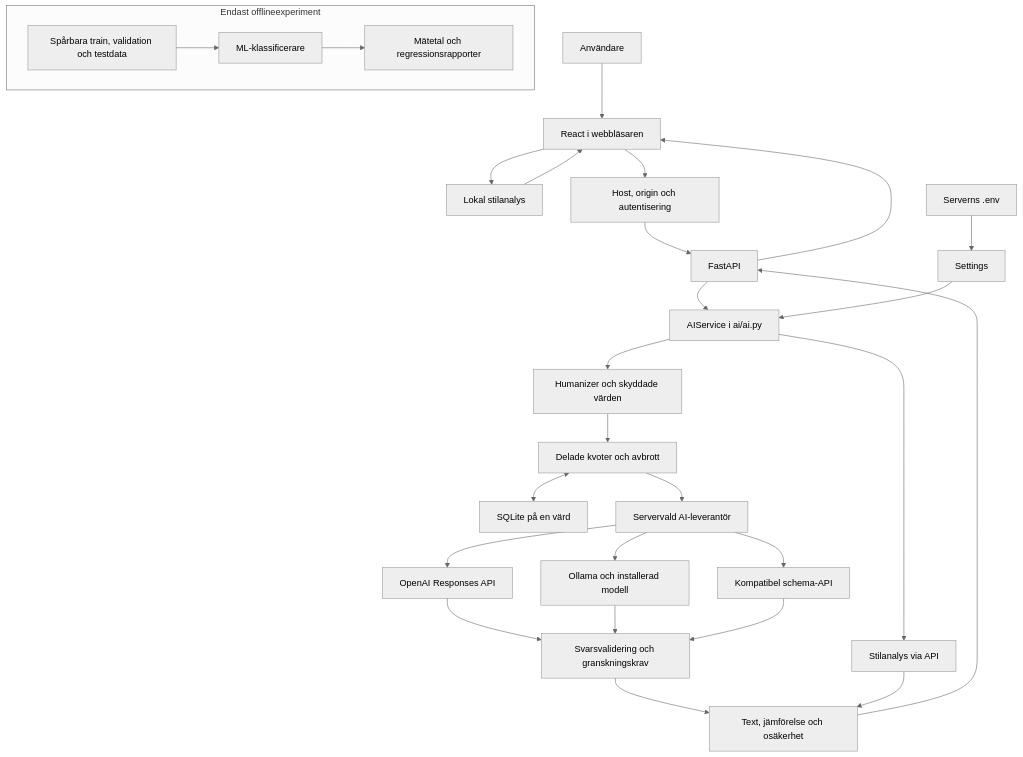
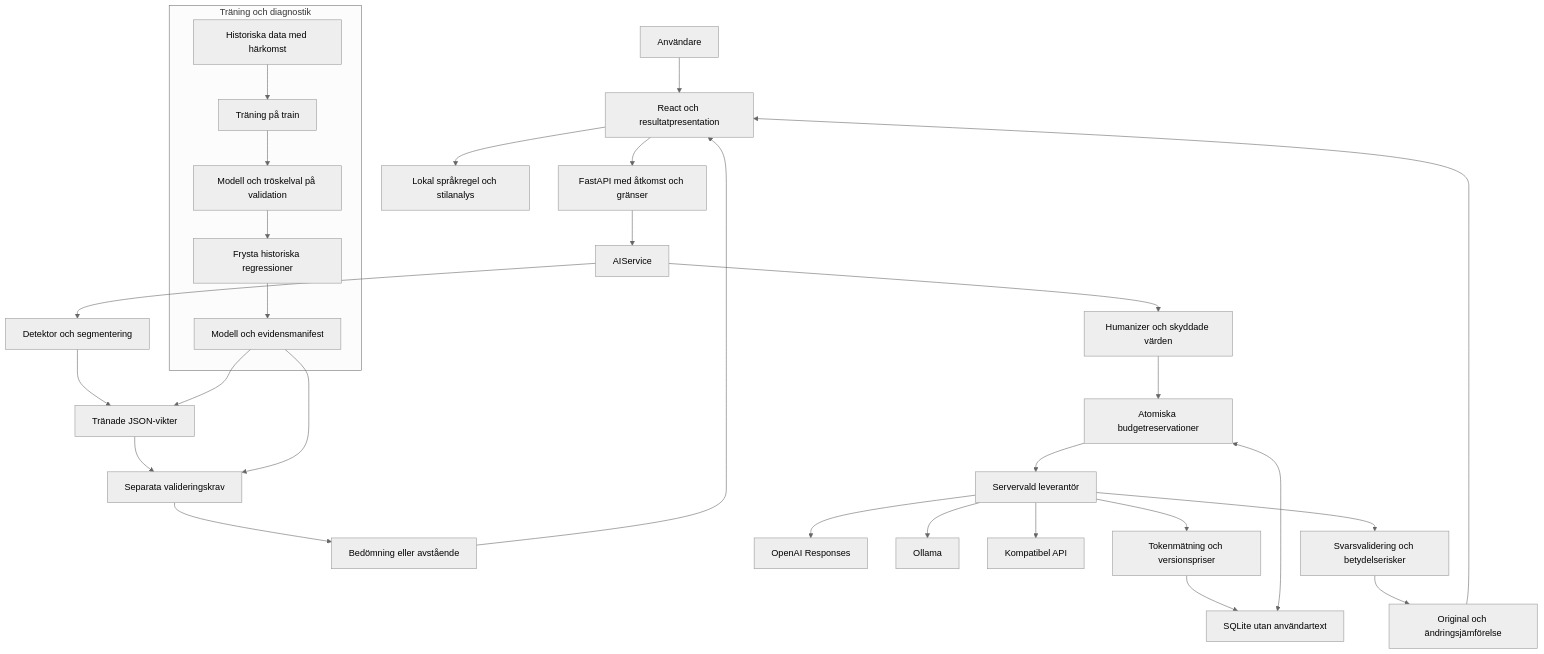
The diagram in docs/ARCHITECTURE.md (sharbel0022/AiDetector), drawn with Mermaid (neutral theme) before and after one commit. The commit also changed other lines of this file and 69 other files, not shown here.

First line of the commit message:
feat: implement TextLab V5 analysis, editing and usage pipeline

````diff
--- a/docs/ARCHITECTURE.md
+++ b/docs/ARCHITECTURE.md
@@ -34,30 +38,32 @@
 ```mermaid
 flowchart TD
-    U[Användare] --> F[React i webbläsaren]
-    F --> L[Lokal stilanalys]
-    L --> F
-    F --> S[Host, origin och autentisering]
-    S --> B[FastAPI]
-    B --> A[AIService i ai/ai.py]
-    A --> D[Stilanalys via API]
-    A --> H[Humanizer och skyddade värden]
-    H --> Q[Delade kvoter och avbrott]
-    Q <--> DB[SQLite på en värd]
-    Q --> P[Servervald AI-leverantör]
-    P --> O[OpenAI Responses API]
-    P --> LL[Ollama och installerad modell]
-    P --> C[Kompatibel schema-API]
-    O --> V[Svarsvalidering och granskningskrav]
-    LL --> V
-    C --> V
-    V --> R[Text, jämförelse och osäkerhet]
-    D --> R
-    R --> B
-    B --> F
-    ENV[Serverns .env] --> CFG[Settings]
-    CFG --> A
-    subgraph EXP[Endast offlineexperiment]
-        DS[Spårbara train, validation och testdata] --> ML[ML-klassificerare]
-        ML --> EV[Mätetal och regressionsrapporter]
+    User[Användare] --> React[React och resultatpresentation]
+    React --> Local[Lokal språkregel och stilanalys]
+    React --> HTTP[FastAPI med åtkomst och gränser]
+    HTTP --> AI[AIService]
+    AI --> Detector[Detektor och segmentering]
+    Detector --> Weights[Tränade JSON-vikter]
+    Weights --> Gates[Separata valideringskrav]
+    Gates --> Results[Bedömning eller avstående]
+    Results --> React
+    AI --> Humanizer[Humanizer och skyddade värden]
+    Humanizer --> Quota[Atomiska budgetreservationer]
+    Quota --> Providers[Servervald leverantör]
+    Providers --> OpenAI[OpenAI Responses]
+    Providers --> Ollama[Ollama]
+    Providers --> Compatible[Kompatibel API]
+    Providers --> Usage[Tokenmätning och versionspriser]
+    Usage --> SQLite[SQLite utan användartext]
+    Quota <--> SQLite
+    Providers --> Validation[Svarsvalidering och betydelserisker]
+    Validation --> Comparison[Original och ändringsjämförelse]
+    Comparison --> React
+    subgraph Research[Träning och diagnostik]
+        Data[Historiska data med härkomst] --> Training[Träning på train]
+        Training --> Selection[Modell och tröskelval på validation]
+        Selection --> Evaluation[Frysta historiska regressioner]
+        Evaluation --> Manifest[Modell och evidensmanifest]
     end
+    Manifest --> Weights
+    Manifest --> Gates
 ```
````
